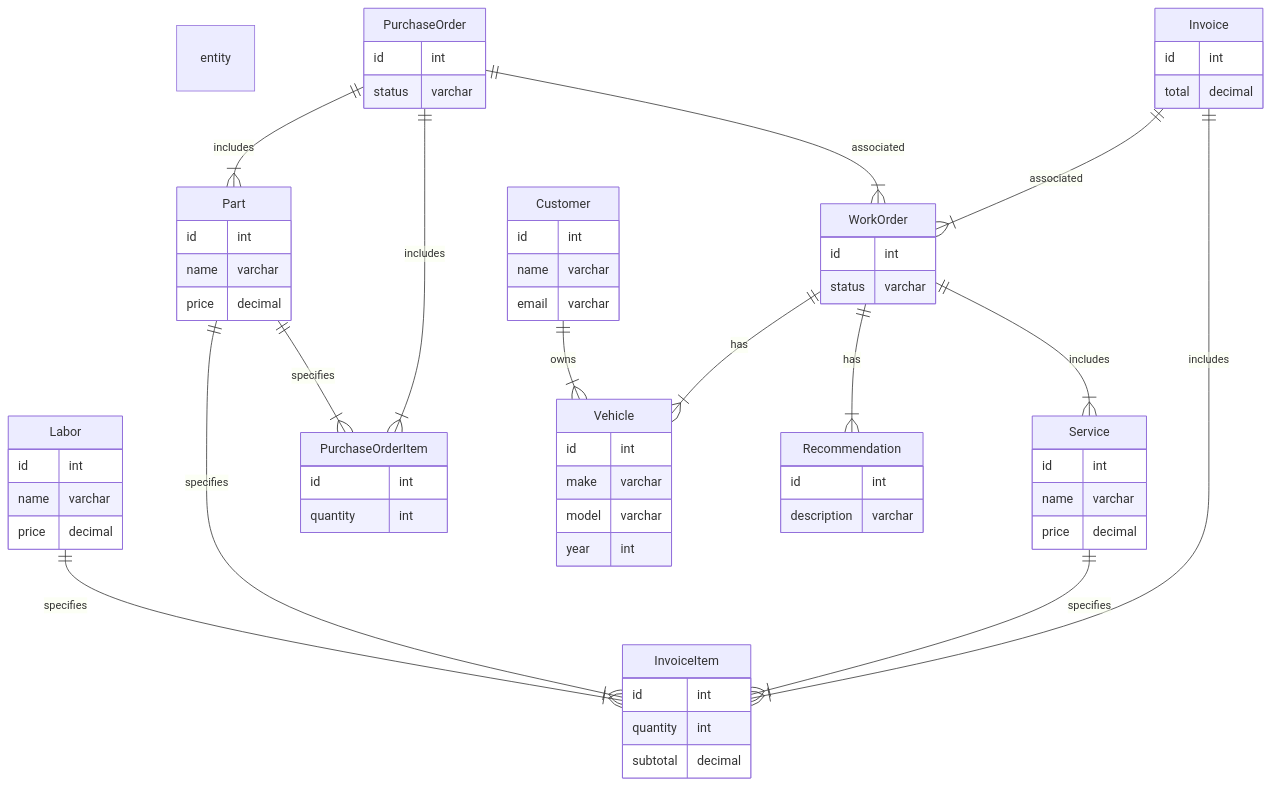
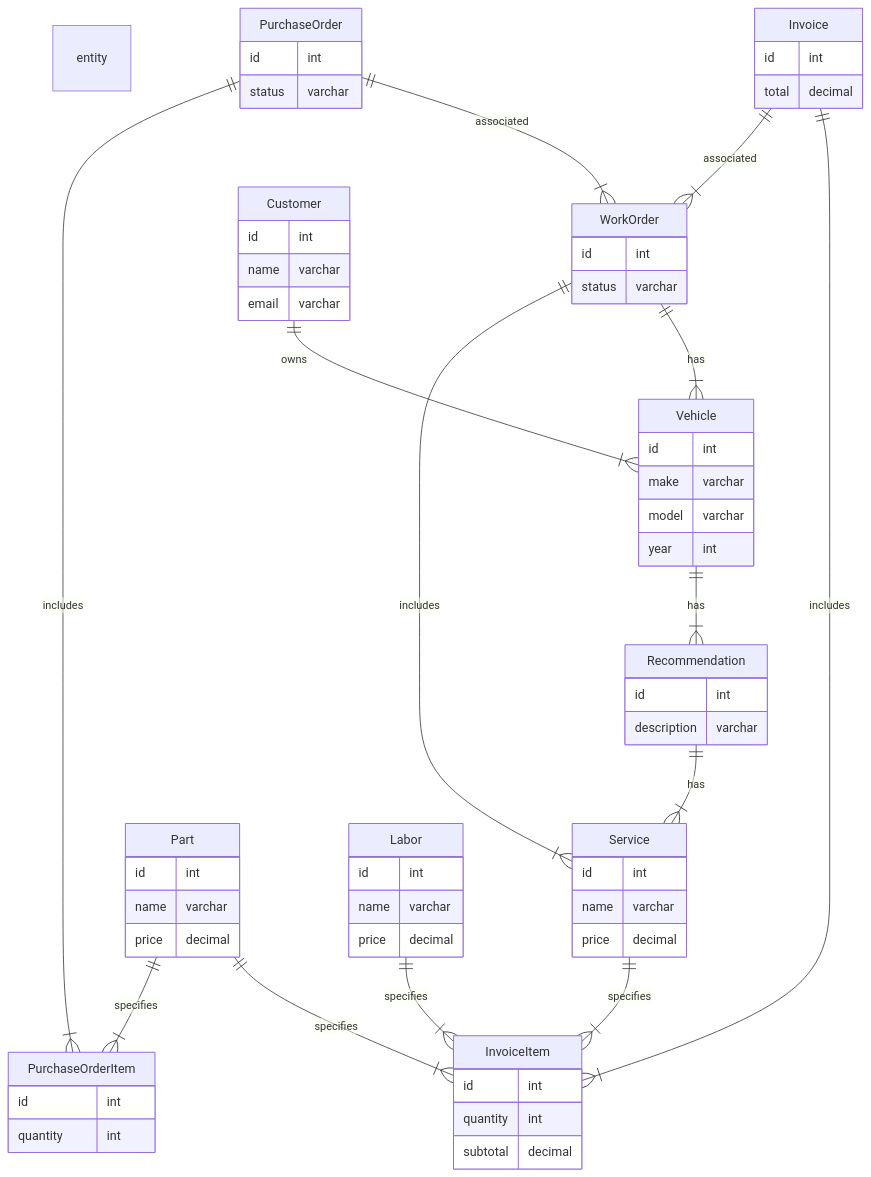
The diagram in Readme.md (mpkenn/sc_invoice), drawn with Mermaid before and after one commit.

Commit message:
Updated Model to better define Recommendations

````diff
--- a/Readme.md
+++ b/Readme.md
@@ -25,68 +25,69 @@
 ```mermaid
 erDiagram
     entity WorkOrder {
         id int
         status varchar
     }
     entity Service {
         id int
         name varchar
         price decimal
     }
     entity Part {
         id int
         name varchar
         price decimal
     }
     entity Labor {
         id int
         name varchar
         price decimal
     }
     entity Invoice {
         id int
         total decimal
     }
     entity InvoiceItem {
         id int
         quantity int
         subtotal decimal
     }
     entity PurchaseOrder {
         id int
         status varchar
     }
     entity PurchaseOrderItem {
         id int
         quantity int
     }
     entity Vehicle {
         id int
         make varchar
         model varchar
         year int
     }
     entity Customer {
         id int
         name varchar
         email varchar
     }
     entity Recommendation {
         id int
         description varchar
     }
 
     WorkOrder ||--|{ Vehicle : has
     Customer ||--|{ Vehicle : owns
     WorkOrder ||--|{ Service : includes
-    WorkOrder ||--|{ Recommendation : has
-    PurchaseOrder ||--|{ Part : includes
+%%    WorkOrder ||--|{ Recommendation : has
+    Recommendation ||--|{ Service : has
     Invoice ||--|{ InvoiceItem : includes
     Service ||--|{ InvoiceItem : specifies
     Part ||--|{ InvoiceItem : specifies
     Labor ||--|{ InvoiceItem : specifies
     Invoice ||--|{ WorkOrder : associated
     PurchaseOrder ||--|{ WorkOrder : associated
     PurchaseOrder ||--|{ PurchaseOrderItem : includes
     Part ||--|{ PurchaseOrderItem : specifies
+    Vehicle ||--|{ Recommendation : has
 ```
````
